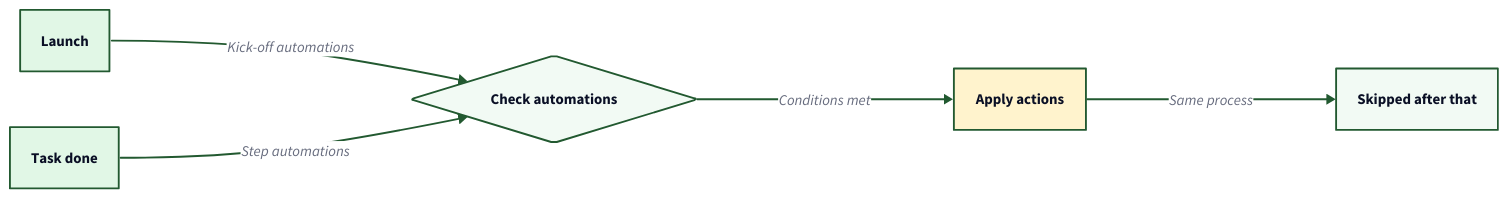
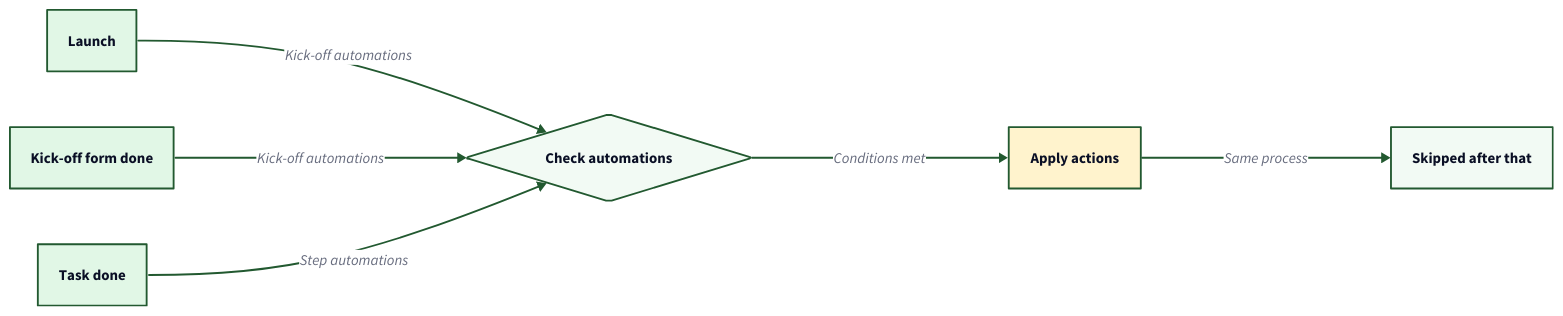
Before and after one commit to tallyfy/documentation: the diagram in src/content/docs/pro/documenting/templates/automations/when-automations-run.mdx, drawn with D2. The commit also changed other lines of this file and 22 other files, not shown here.

````diff
--- a/src/content/docs/pro/documenting/templates/automations/when-automations-run.mdx
+++ b/src/content/docs/pro/documenting/templates/automations/when-automations-run.mdx
@@ -45,47 +48,56 @@
 ```d2
-# The two moments Tallyfy checks an automation
+# The three moments Tallyfy checks an automation
 direction: right
 
 Launch: Launch {
+  shape: rectangle
+  style.fill: "#e1f7e6"
+  style.stroke: "#225930"
+}
+
+Kickoff: Kick-off form done {
   shape: rectangle
   style.fill: "#e1f7e6"
   style.stroke: "#225930"
 }
 
 Done: Task done {
   shape: rectangle
   style.fill: "#e1f7e6"
   style.stroke: "#225930"
 }
 
 Check: Check automations {
   shape: diamond
   style.fill: "#f2faf4"
   style.stroke: "#225930"
 }
 
 Apply: Apply actions {
   shape: rectangle
   style.fill: "#fff3cd"
   style.stroke: "#225930"
 }
 
 Never: Skipped after that {
   shape: rectangle
   style.fill: "#f2faf4"
   style.stroke: "#225930"
 }
 
 Launch -> Check: Kick-off automations {
   style.stroke: "#225930"
 }
+Kickoff -> Check: Kick-off automations {
+  style.stroke: "#225930"
+}
 Done -> Check: Step automations {
   style.stroke: "#225930"
 }
 Check -> Apply: Conditions met {
   style.stroke: "#225930"
 }
 Apply -> Never: Same process {
   style.stroke: "#225930"
 }
 ```
````
